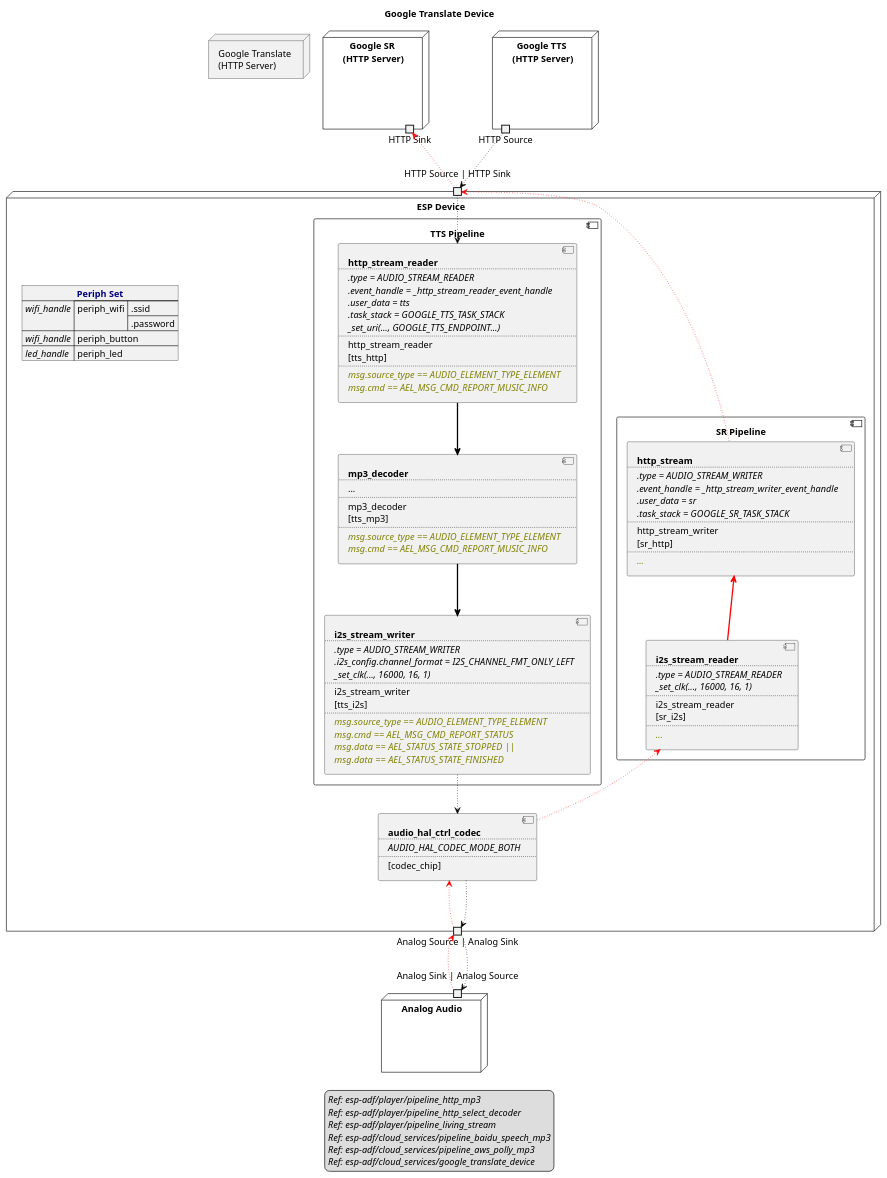
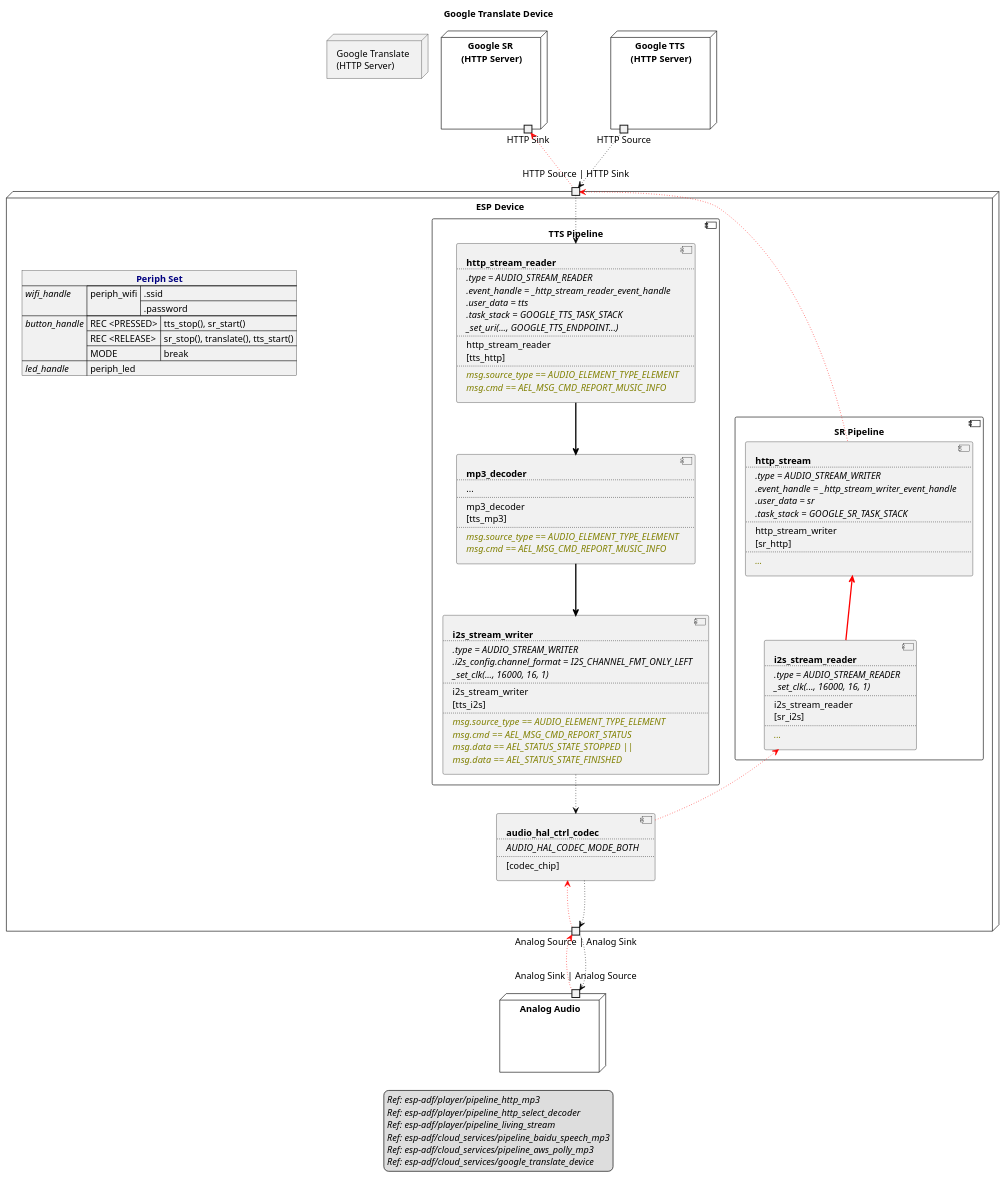
Before and after one commit to liang-zhu-zi/open-audio-adapter: the diagram in examples/esp-adf/cloud_services/google_translate_device/audio-stream-diagram.plantuml, drawn with PlantUML.

Commit message:
add audio flow chart

```diff
--- a/examples/esp-adf/cloud_services/google_translate_device/audio-stream-diagram.plantuml
+++ b/examples/esp-adf/cloud_services/google_translate_device/audio-stream-diagram.plantuml
@@ -1,152 +1,156 @@
 @startuml google_translate_device
 title Google Translate Device
 allowmixing
 
 legend
 //Ref: esp-adf/player/pipeline_http_mp3//
 //Ref: esp-adf/player/pipeline_http_select_decoder//
 //Ref: esp-adf/player/pipeline_living_stream//
 //Ref: esp-adf/cloud_services/pipeline_baidu_speech_mp3//
 //Ref: esp-adf/cloud_services/pipeline_aws_polly_mp3//
 //Ref: esp-adf/cloud_services/google_translate_device//
 end legend
 
 node "Google TTS \n(HTTP Server)" as GoogleTTS  {
     portout "HTTP Source" as TTSHTTPSource
 }
 
 node "Google Translate \n(HTTP Server)" as GoogleTranslate  {
     portout "HTTP Source" as TTSHTTPSource
 }
 
 node "Google SR \n(HTTP Server)" as GoogleSR  {
     portout "HTTP Sink" as SRHTTPSink
 } 
 
 node "ESP Device" as ESPDevice  {
 
     json "<b><color navy>Periph Set" as periph_set {
         "<i>wifi_handle" : {
             "periph_wifi" : [".ssid", ".password"]
         },
-        "<i>wifi_handle" : "periph_button",
+        "<i>button_handle" : {
+            "REC <PRESSED>" : "tts_stop(), sr_start()",
+            "REC <RELEASE>" : "sr_stop(), translate(), tts_start()",
+            "MODE" : "break"
+        },
         "<i>led_handle" : "periph_led"
     }
     
     portin "HTTP Source | HTTP Sink" as HTTPSourceSink  
 
     component "TTS Pipeline" as TTSPipeline {
 
         component HTTPStreamReader [
             <b>http_stream_reader
             ....
             <i>.type = AUDIO_STREAM_READER
             <i>.event_handle = _http_stream_reader_event_handle
             <i>.user_data = tts
             <i>.task_stack = GOOGLE_TTS_TASK_STACK
             <i>_set_uri(..., GOOGLE_TTS_ENDPOINT...)
             ....
             http_stream_reader
             [tts_http]
             ....
             <i><color olive>msg.source_type == AUDIO_ELEMENT_TYPE_ELEMENT
             <i><color olive>msg.cmd == AEL_MSG_CMD_REPORT_MUSIC_INFO
         ]
 
         component Mp3Decoder [
             <b>mp3_decoder
             ....
             ...
             ....
             mp3_decoder
             [tts_mp3]
             ....
             <i><color olive>msg.source_type == AUDIO_ELEMENT_TYPE_ELEMENT
             <i><color olive>msg.cmd == AEL_MSG_CMD_REPORT_MUSIC_INFO
         ]
 
         component I2SStreamWriter [
             <b>i2s_stream_writer
             ....
             <i>.type = AUDIO_STREAM_WRITER
             <i>.i2s_config.channel_format = I2S_CHANNEL_FMT_ONLY_LEFT
             <i>_set_clk(..., 16000, 16, 1)
             ....
             i2s_stream_writer
             [tts_i2s]
             ....
             <i><color olive>msg.source_type == AUDIO_ELEMENT_TYPE_ELEMENT
             <i><color olive>msg.cmd == AEL_MSG_CMD_REPORT_STATUS
             <i><color olive>msg.data == AEL_STATUS_STATE_STOPPED ||
             <i><color olive>msg.data == AEL_STATUS_STATE_FINISHED
         ]
     }
 
 
     component "SR Pipeline" as SRPipeline {
 
         component HTTPStreamWriter [
             <b>http_stream
             ....
             <i>.type = AUDIO_STREAM_WRITER
             <i>.event_handle = _http_stream_writer_event_handle
             <i>.user_data = sr
             <i>.task_stack = GOOGLE_SR_TASK_STACK
             ....
             http_stream_writer
             [sr_http]
             ....
             <i><color olive>...
         ]
 
         component I2SStreamReader [
             <b>i2s_stream_reader
             ....
             <i>.type = AUDIO_STREAM_READER
             <i>_set_clk(..., 16000, 16, 1)
             ....
             i2s_stream_reader
             [sr_i2s]
             ....
             <i><color olive>...
         ]
     }
 
     component HALCodec [
         <b>audio_hal_ctrl_codec
         ....
         <i>AUDIO_HAL_CODEC_MODE_BOTH
         ....
         [codec_chip]
     ]
 
     portout "Analog Source | Analog Sink" as AnalogSourceSink
 } 
 
 node "Analog Audio" as AnalogAudio  {
     portin "Analog Sink | Analog Source" as AnalogSinkSource
 }
 
 
 SRHTTPSink   <-- HTTPSourceSink   #line:red;line.dotted;text:red
 
 HTTPSourceSink <-- HTTPStreamWriter   #line:red;line.dotted;text:red
 HTTPStreamWriter <-- I2SStreamReader    #line:red;line.bold;text:red
 I2SStreamReader  <-- HALCodec     #line:red;line.dotted;text:red
 HALCodec   <-- AnalogSourceSink   #line:red;line.dotted;text:red
 
 AnalogSourceSink <-- AnalogSinkSource #line:red;line.dotted;text:red
 
 
 
 TTSHTTPSource --> HTTPSourceSink         #line:black;line.dotted;text:black
 
 HTTPSourceSink    --> HTTPStreamReader      #line:black;line.dotted;text:black
 HTTPStreamReader  --> Mp3Decoder      #line:black;line.bold;text:black
 Mp3Decoder --> I2SStreamWriter  #line:black;line.bold;text:black
 I2SStreamWriter  --> HALCodec   #line:black;line.dotted;text:black
 HALCodec   --> AnalogSourceSink     #line:black;line.dotted;text:black
 
 AnalogSourceSink --> AnalogSinkSource     #line:black;line.dotted;text:black
 
 @enduml
```
